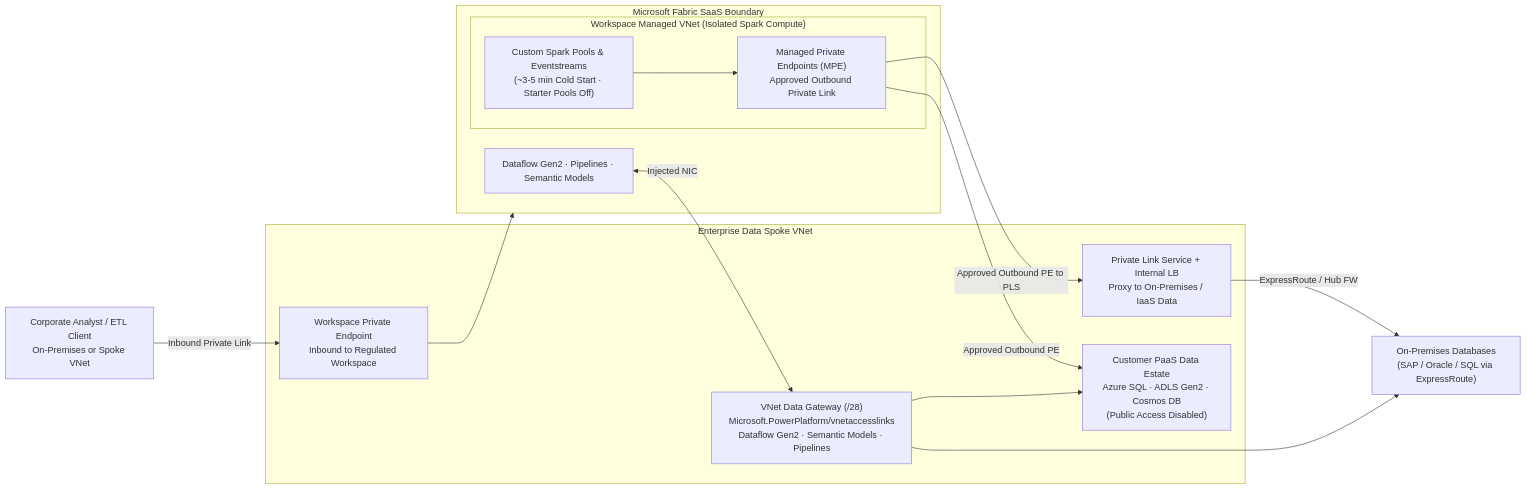
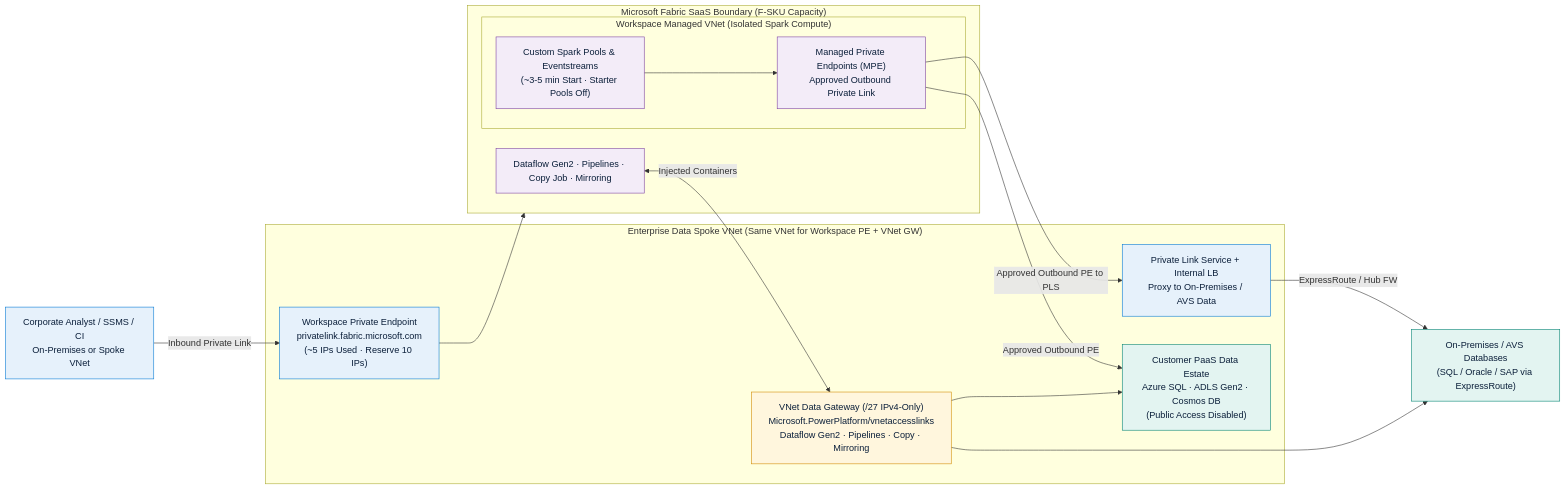
Before and after one commit to jonathan-vella/azure-networking: the second of 2 diagrams in src/content/docs/05-workload-networking/foundry-and-fabric-networking.md, drawn with Mermaid. The commit also changed other lines of this file and 5 other files, not shown here.

Commit message:
docs(workloads): verify AKS, AVS Gen 1/2, Foundry & Fabric networking and add SVG diagrams

````diff
--- a/src/content/docs/05-workload-networking/foundry-and-fabric-networking.md
+++ b/src/content/docs/05-workload-networking/foundry-and-fabric-networking.md
@@ -132,31 +143,36 @@
 ```mermaid
 flowchart LR
-  Analyst["Corporate Analyst / ETL Client<br/>On-Premises or Spoke VNet"]
+  classDef hub fill:#E6F1FB,stroke:#0078D4,color:#0B1F3A
+  classDef fab fill:#F3ECF8,stroke:#7B3FA0,color:#0B1F3A
+  classDef data fill:#E3F4F1,stroke:#008272,color:#0B1F3A
+  classDef gw fill:#FFF6DD,stroke:#D18B00,color:#0B1F3A
 
-  subgraph Spoke["Enterprise Data Spoke VNet"]
-    WPE["Workspace Private Endpoint<br/>Inbound to Regulated Workspace"]
-    VNetGW["VNet Data Gateway (/28)<br/>Microsoft.PowerPlatform/vnetaccesslinks<br/>Dataflow Gen2 · Semantic Models · Pipelines"]
-    PLS["Private Link Service + Internal LB<br/>Proxy to On-Premises / IaaS Data"]
-    PaaSPE["Customer PaaS Data Estate<br/>Azure SQL · ADLS Gen2 · Cosmos DB<br/>(Public Access Disabled)"]
+  Analyst["Corporate Analyst / SSMS / CI<br/>On-Premises or Spoke VNet"]:::hub
+
+  subgraph Spoke["Enterprise Data Spoke VNet (Same VNet for Workspace PE + VNet GW)"]
+    WPE["Workspace Private Endpoint<br/>privatelink.fabric.microsoft.com<br/>(~5 IPs Used · Reserve 10 IPs)"]:::hub
+    VNetGW["VNet Data Gateway (/27 IPv4-Only)<br/>Microsoft.PowerPlatform/vnetaccesslinks<br/>Dataflow Gen2 · Pipelines · Copy · Mirroring"]:::gw
+    PLS["Private Link Service + Internal LB<br/>Proxy to On-Premises / AVS Data"]:::hub
+    PaaSPE["Customer PaaS Data Estate<br/>Azure SQL · ADLS Gen2 · Cosmos DB<br/>(Public Access Disabled)"]:::data
   end
 
-  subgraph Fabric["Microsoft Fabric SaaS Boundary"]
+  subgraph Fabric["Microsoft Fabric SaaS Boundary (F-SKU Capacity)"]
     subgraph ManagedVNet["Workspace Managed VNet (Isolated Spark Compute)"]
-      Spark["Custom Spark Pools & Eventstreams<br/>(~3-5 min Cold Start · Starter Pools Off)"]
-      MPE["Managed Private Endpoints (MPE)<br/>Approved Outbound Private Link"]
+      Spark["Custom Spark Pools & Eventstreams<br/>(~3-5 min Start · Starter Pools Off)"]:::fab
+      MPE["Managed Private Endpoints (MPE)<br/>Approved Outbound Private Link"]:::fab
       Spark --> MPE
     end
-    DF["Dataflow Gen2 · Pipelines · Semantic Models"]
+    DF["Dataflow Gen2 · Pipelines · Copy Job · Mirroring"]:::fab
   end
 
-  OnPremDB["On-Premises Databases<br/>(SAP / Oracle / SQL via ExpressRoute)"]
+  OnPremDB["On-Premises / AVS Databases<br/>(SQL / Oracle / SAP via ExpressRoute)"]:::data
 
   Analyst -->|Inbound Private Link| WPE
   WPE --> Fabric
   MPE -->|Approved Outbound PE| PaaSPE
   MPE -->|Approved Outbound PE to PLS| PLS
   PLS -->|ExpressRoute / Hub FW| OnPremDB
-  DF <-->|Injected NIC| VNetGW
+  DF <-->|Injected Containers| VNetGW
   VNetGW --> PaaSPE
   VNetGW --> OnPremDB
 ```
````
